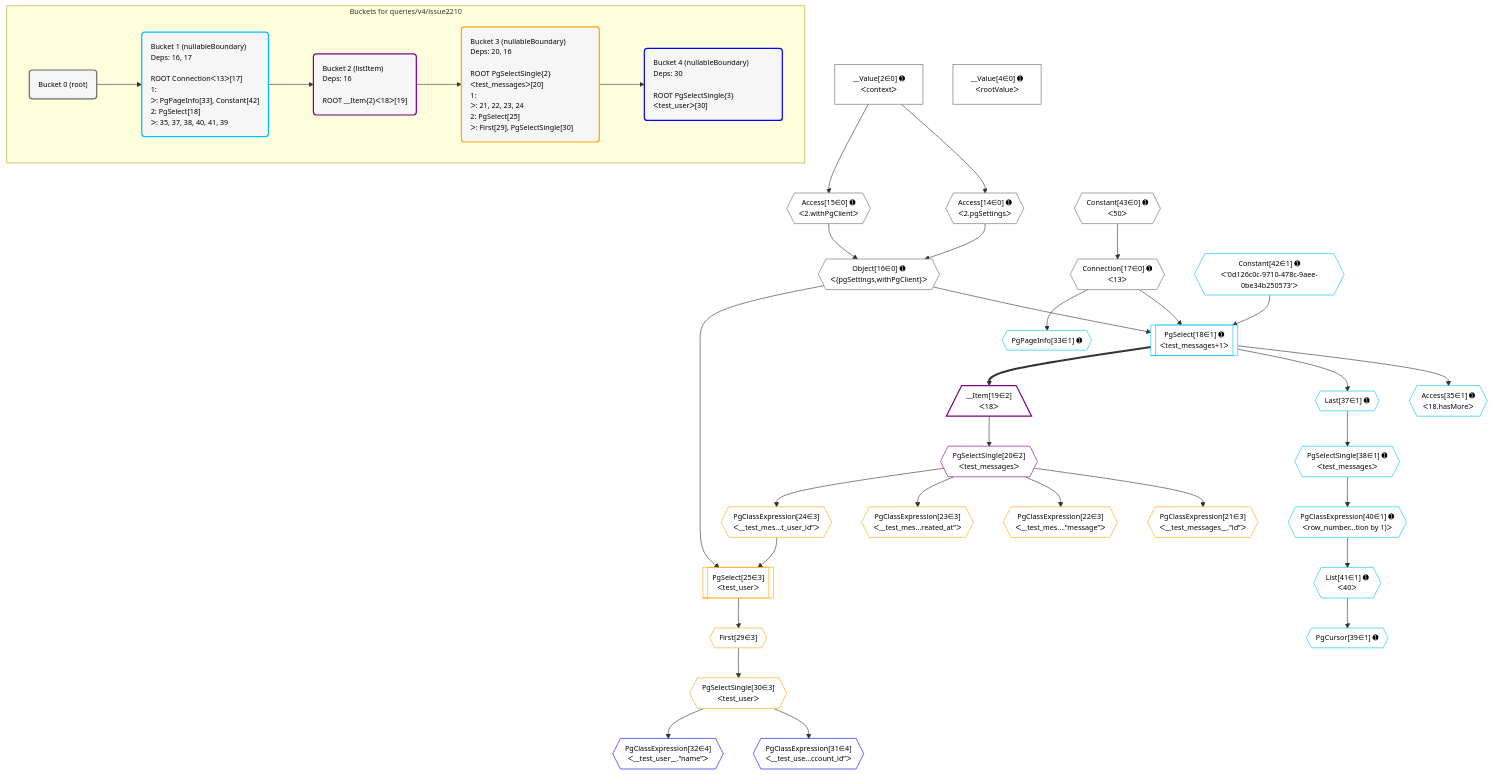
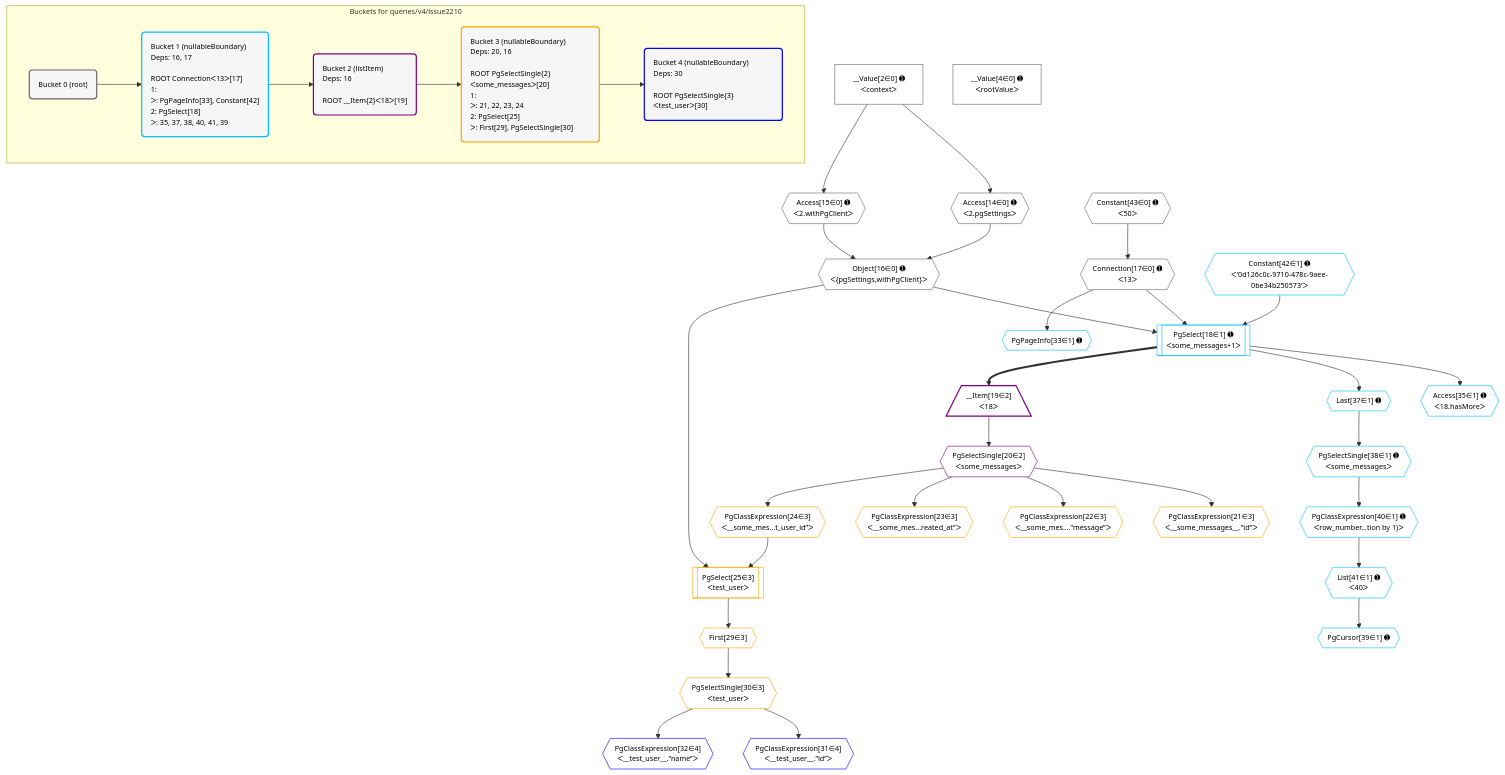
The diagram in postgraphile/postgraphile/__tests__/queries/v4/issue2210.mermaid (graphile/crystal), drawn with Mermaid before and after one commit. The commit also changed 2 other files, not shown here.

Commit message:
Update snapshots with more minimal test setup

```diff
--- a/postgraphile/postgraphile/__tests__/queries/v4/issue2210.mermaid
+++ b/postgraphile/postgraphile/__tests__/queries/v4/issue2210.mermaid
@@ -1,85 +1,85 @@
 %%{init: {'themeVariables': { 'fontSize': '12px'}}}%%
 graph TD
     classDef path fill:#eee,stroke:#000,color:#000
     classDef plan fill:#fff,stroke-width:1px,color:#000
     classDef itemplan fill:#fff,stroke-width:2px,color:#000
     classDef unbatchedplan fill:#dff,stroke-width:1px,color:#000
     classDef sideeffectplan fill:#fcc,stroke-width:2px,color:#000
     classDef bucket fill:#f6f6f6,color:#000,stroke-width:2px,text-align:left
 
 
     %% plan dependencies
     Object16{{"Object[16∈0] ➊<br />ᐸ{pgSettings,withPgClient}ᐳ"}}:::plan
     Access14{{"Access[14∈0] ➊<br />ᐸ2.pgSettingsᐳ"}}:::plan
     Access15{{"Access[15∈0] ➊<br />ᐸ2.withPgClientᐳ"}}:::plan
     Access14 & Access15 --> Object16
     __Value2["__Value[2∈0] ➊<br />ᐸcontextᐳ"]:::plan
     __Value2 --> Access14
     __Value2 --> Access15
     Connection17{{"Connection[17∈0] ➊<br />ᐸ13ᐳ"}}:::plan
     Constant43{{"Constant[43∈0] ➊<br />ᐸ50ᐳ"}}:::plan
     Constant43 --> Connection17
     __Value4["__Value[4∈0] ➊<br />ᐸrootValueᐳ"]:::plan
-    PgSelect18[["PgSelect[18∈1] ➊<br />ᐸtest_messages+1ᐳ"]]:::plan
+    PgSelect18[["PgSelect[18∈1] ➊<br />ᐸsome_messages+1ᐳ"]]:::plan
     Constant42{{"Constant[42∈1] ➊<br />ᐸ'0d126c0c-9710-478c-9aee-0be34b250573'ᐳ"}}:::plan
     Object16 & Constant42 & Connection17 --> PgSelect18
     PgPageInfo33{{"PgPageInfo[33∈1] ➊"}}:::plan
     Connection17 --> PgPageInfo33
     Access35{{"Access[35∈1] ➊<br />ᐸ18.hasMoreᐳ"}}:::plan
     PgSelect18 --> Access35
     Last37{{"Last[37∈1] ➊"}}:::plan
     PgSelect18 --> Last37
-    PgSelectSingle38{{"PgSelectSingle[38∈1] ➊<br />ᐸtest_messagesᐳ"}}:::plan
+    PgSelectSingle38{{"PgSelectSingle[38∈1] ➊<br />ᐸsome_messagesᐳ"}}:::plan
     Last37 --> PgSelectSingle38
     PgCursor39{{"PgCursor[39∈1] ➊"}}:::plan
     List41{{"List[41∈1] ➊<br />ᐸ40ᐳ"}}:::plan
     List41 --> PgCursor39
     PgClassExpression40{{"PgClassExpression[40∈1] ➊<br />ᐸrow_number...tion by 1)ᐳ"}}:::plan
     PgSelectSingle38 --> PgClassExpression40
     PgClassExpression40 --> List41
     __Item19[/"__Item[19∈2]<br />ᐸ18ᐳ"\]:::itemplan
     PgSelect18 ==> __Item19
-    PgSelectSingle20{{"PgSelectSingle[20∈2]<br />ᐸtest_messagesᐳ"}}:::plan
+    PgSelectSingle20{{"PgSelectSingle[20∈2]<br />ᐸsome_messagesᐳ"}}:::plan
     __Item19 --> PgSelectSingle20
     PgSelect25[["PgSelect[25∈3]<br />ᐸtest_userᐳ"]]:::plan
-    PgClassExpression24{{"PgClassExpression[24∈3]<br />ᐸ__test_mes...t_user_id”ᐳ"}}:::plan
+    PgClassExpression24{{"PgClassExpression[24∈3]<br />ᐸ__some_mes...t_user_id”ᐳ"}}:::plan
     Object16 & PgClassExpression24 --> PgSelect25
-    PgClassExpression21{{"PgClassExpression[21∈3]<br />ᐸ__test_messages__.”id”ᐳ"}}:::plan
+    PgClassExpression21{{"PgClassExpression[21∈3]<br />ᐸ__some_messages__.”id”ᐳ"}}:::plan
     PgSelectSingle20 --> PgClassExpression21
-    PgClassExpression22{{"PgClassExpression[22∈3]<br />ᐸ__test_mes....”message”ᐳ"}}:::plan
+    PgClassExpression22{{"PgClassExpression[22∈3]<br />ᐸ__some_mes....”message”ᐳ"}}:::plan
     PgSelectSingle20 --> PgClassExpression22
-    PgClassExpression23{{"PgClassExpression[23∈3]<br />ᐸ__test_mes...reated_at”ᐳ"}}:::plan
+    PgClassExpression23{{"PgClassExpression[23∈3]<br />ᐸ__some_mes...reated_at”ᐳ"}}:::plan
     PgSelectSingle20 --> PgClassExpression23
     PgSelectSingle20 --> PgClassExpression24
     First29{{"First[29∈3]"}}:::plan
     PgSelect25 --> First29
     PgSelectSingle30{{"PgSelectSingle[30∈3]<br />ᐸtest_userᐳ"}}:::plan
     First29 --> PgSelectSingle30
-    PgClassExpression31{{"PgClassExpression[31∈4]<br />ᐸ__test_use...ccount_id”ᐳ"}}:::plan
+    PgClassExpression31{{"PgClassExpression[31∈4]<br />ᐸ__test_user__.”id”ᐳ"}}:::plan
     PgSelectSingle30 --> PgClassExpression31
     PgClassExpression32{{"PgClassExpression[32∈4]<br />ᐸ__test_user__.”name”ᐳ"}}:::plan
     PgSelectSingle30 --> PgClassExpression32
 
     %% define steps
 
     subgraph "Buckets for queries/v4/issue2210"
     Bucket0("Bucket 0 (root)"):::bucket
     classDef bucket0 stroke:#696969
     class Bucket0,__Value2,__Value4,Access14,Access15,Object16,Connection17,Constant43 bucket0
     Bucket1("Bucket 1 (nullableBoundary)<br />Deps: 16, 17<br /><br />ROOT Connectionᐸ13ᐳ[17]<br />1: <br />ᐳ: PgPageInfo[33], Constant[42]<br />2: PgSelect[18]<br />ᐳ: 35, 37, 38, 40, 41, 39"):::bucket
     classDef bucket1 stroke:#00bfff
     class Bucket1,PgSelect18,PgPageInfo33,Access35,Last37,PgSelectSingle38,PgCursor39,PgClassExpression40,List41,Constant42 bucket1
     Bucket2("Bucket 2 (listItem)<br />Deps: 16<br /><br />ROOT __Item{2}ᐸ18ᐳ[19]"):::bucket
     classDef bucket2 stroke:#7f007f
     class Bucket2,__Item19,PgSelectSingle20 bucket2
-    Bucket3("Bucket 3 (nullableBoundary)<br />Deps: 20, 16<br /><br />ROOT PgSelectSingle{2}ᐸtest_messagesᐳ[20]<br />1: <br />ᐳ: 21, 22, 23, 24<br />2: PgSelect[25]<br />ᐳ: First[29], PgSelectSingle[30]"):::bucket
+    Bucket3("Bucket 3 (nullableBoundary)<br />Deps: 20, 16<br /><br />ROOT PgSelectSingle{2}ᐸsome_messagesᐳ[20]<br />1: <br />ᐳ: 21, 22, 23, 24<br />2: PgSelect[25]<br />ᐳ: First[29], PgSelectSingle[30]"):::bucket
     classDef bucket3 stroke:#ffa500
     class Bucket3,PgClassExpression21,PgClassExpression22,PgClassExpression23,PgClassExpression24,PgSelect25,First29,PgSelectSingle30 bucket3
     Bucket4("Bucket 4 (nullableBoundary)<br />Deps: 30<br /><br />ROOT PgSelectSingle{3}ᐸtest_userᐳ[30]"):::bucket
     classDef bucket4 stroke:#0000ff
     class Bucket4,PgClassExpression31,PgClassExpression32 bucket4
     Bucket0 --> Bucket1
     Bucket1 --> Bucket2
     Bucket2 --> Bucket3
     Bucket3 --> Bucket4
     end
```
